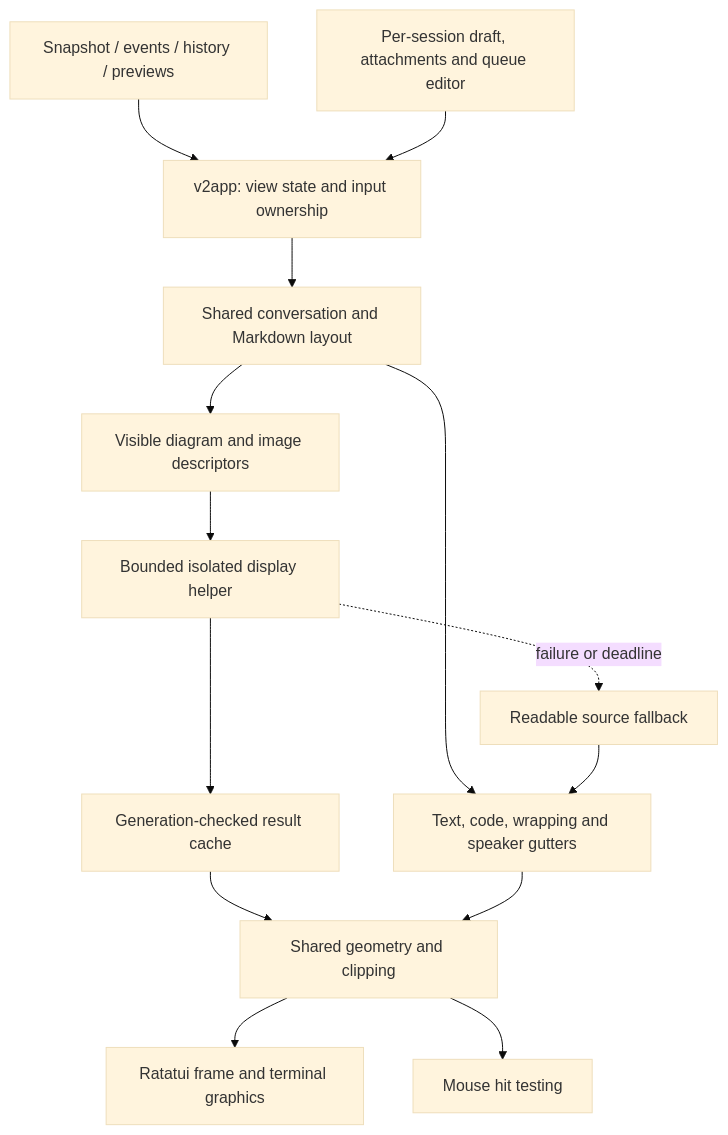
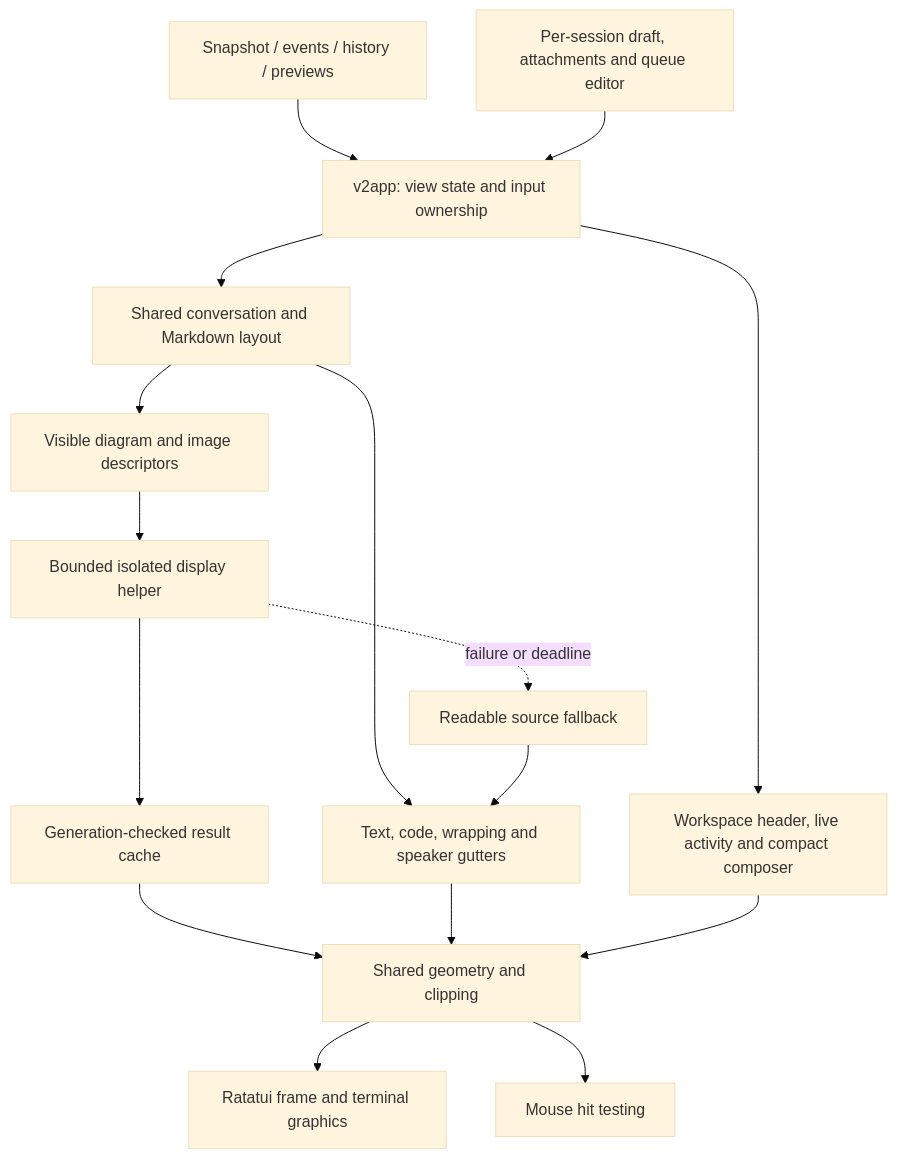
Before and after one commit to seek-hope/TeamAgents: diagram 28 of 35 in docs/ARCHITECTURE.md, drawn with Mermaid (base theme). The commit also changed other lines of this file and 26 other files, not shown here.

````diff
--- a/docs/ARCHITECTURE.md
+++ b/docs/ARCHITECTURE.md
@@ -1071,18 +1071,20 @@
 ```mermaid
 flowchart TB
     accTitle: Terminal presentation pipeline
     accDescr: Protocol state and transient previews feed the same conversation renderer. Drafts and focus stay local, and isolated display workers cannot grant model or tool authority.
     wire["Snapshot / events / history / previews"] --> app["v2app: view state and input ownership"]
     draft["Per-session draft, attachments and queue editor"] --> app
     app --> document["Shared conversation and Markdown layout"]
+    app --> chrome["Workspace header, live activity and compact composer"]
     document --> text["Text, code, wrapping and speaker gutters"]
     document --> media["Visible diagram and image descriptors"]
     media --> helper["Bounded isolated display helper"]
     helper --> cache["Generation-checked result cache"]
     cache --> geometry["Shared geometry and clipping"]
     text --> geometry
     geometry --> terminal["Ratatui frame and terminal graphics"]
+    chrome --> geometry
     geometry --> hit["Mouse hit testing"]
     helper -.->|"failure or deadline"| fallback["Readable source fallback"]
     fallback --> text
 ```
````
